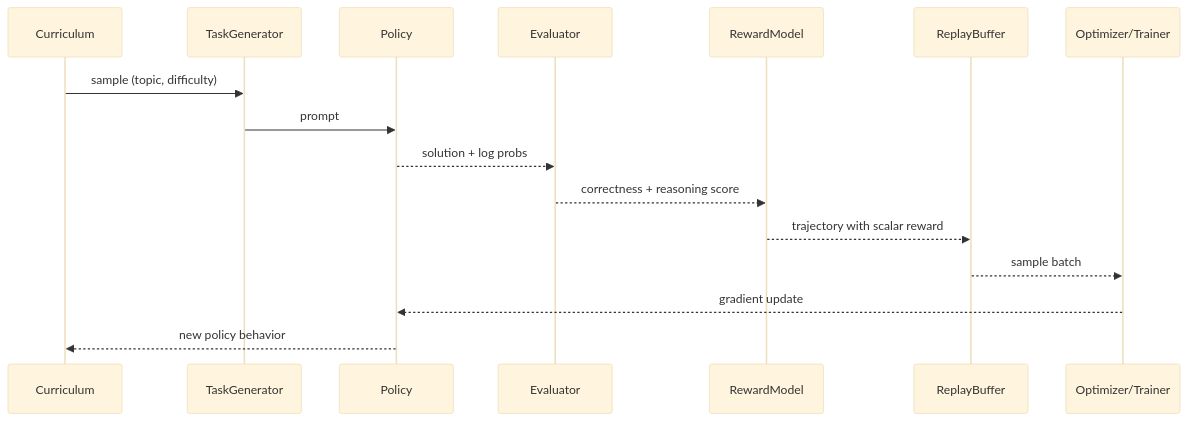
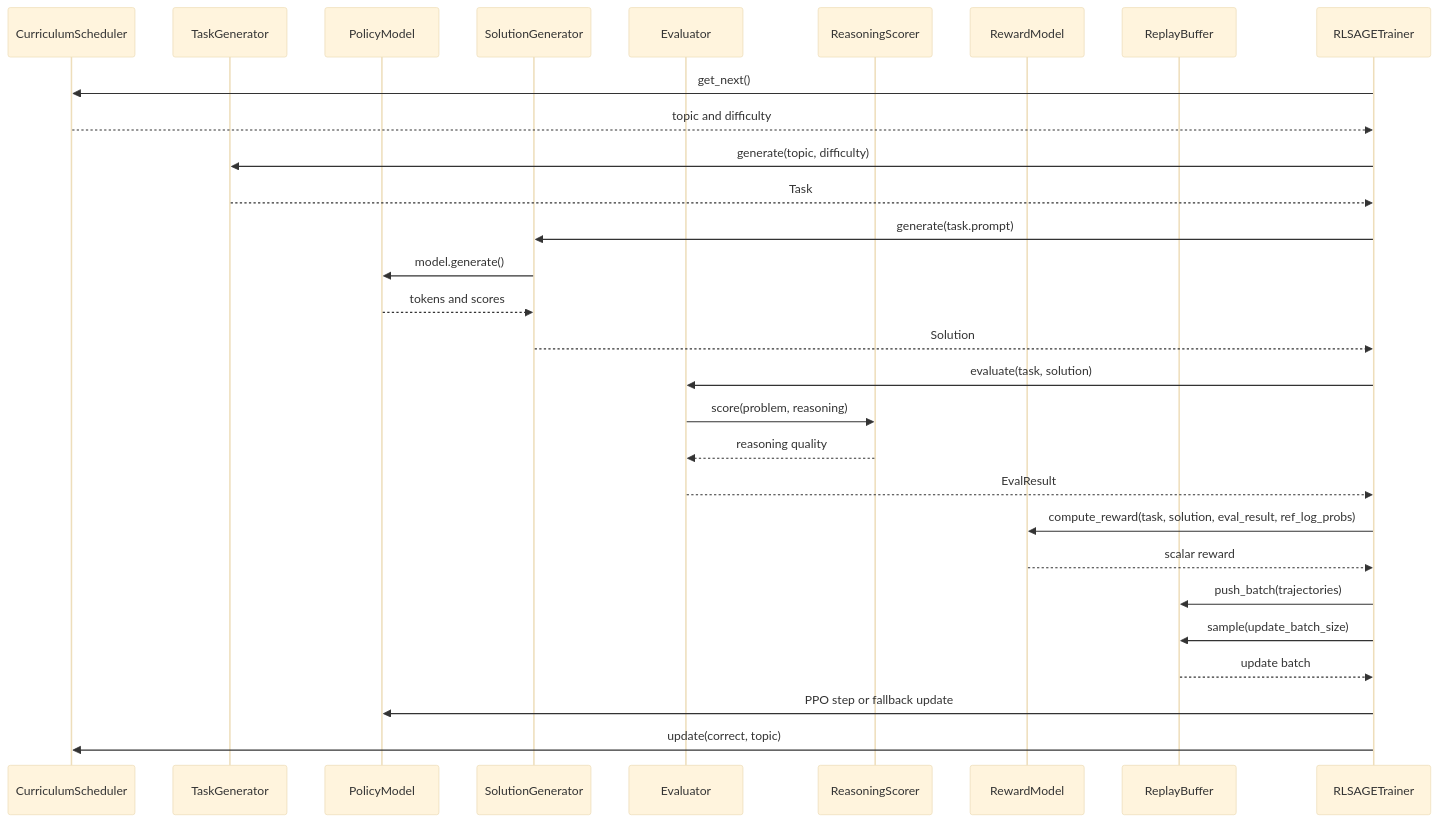
Before and after one commit to DeveshR011/RL-SAGE-Reinforcement-Learning-Self-Adaptive-Generation-Engine: the second of 13 diagrams in README.md, drawn with Mermaid (base theme). The commit also changed other lines of this file, not shown here.

````diff
--- a/README.md
+++ b/README.md
@@ -88,19 +499,32 @@
 ```mermaid
 sequenceDiagram
-	participant Cur as Curriculum
-	participant TG as TaskGenerator
-	participant Pol as Policy
-	participant Ev as Evaluator
-	participant Rew as RewardModel
-	participant Buf as ReplayBuffer
-	participant Upd as Optimizer/Trainer
+    participant Cur as CurriculumScheduler
+    participant TG as TaskGenerator
+    participant Pol as PolicyModel
+    participant SG as SolutionGenerator
+    participant Ev as Evaluator
+    participant RS as ReasoningScorer
+    participant Rw as RewardModel
+    participant Buf as ReplayBuffer
+    participant Tr as RLSAGETrainer
 
-	Cur->>TG: sample (topic, difficulty)
-	TG->>Pol: prompt
-	Pol-->>Ev: solution + log probs
-	Ev-->>Rew: correctness + reasoning score
-	Rew-->>Buf: trajectory with scalar reward
-	Buf-->>Upd: sample batch
-	Upd-->>Pol: gradient update
-	Pol-->>Cur: new policy behavior
+    Tr->>Cur: get_next()
+    Cur-->>Tr: topic and difficulty
+    Tr->>TG: generate(topic, difficulty)
+    TG-->>Tr: Task
+    Tr->>SG: generate(task.prompt)
+    SG->>Pol: model.generate()
+    Pol-->>SG: tokens and scores
+    SG-->>Tr: Solution
+    Tr->>Ev: evaluate(task, solution)
+    Ev->>RS: score(problem, reasoning)
+    RS-->>Ev: reasoning quality
+    Ev-->>Tr: EvalResult
+    Tr->>Rw: compute_reward(task, solution, eval_result, ref_log_probs)
+    Rw-->>Tr: scalar reward
+    Tr->>Buf: push_batch(trajectories)
+    Tr->>Buf: sample(update_batch_size)
+    Buf-->>Tr: update batch
+    Tr->>Pol: PPO step or fallback update
+    Tr->>Cur: update(correct, topic)
 ```
````
